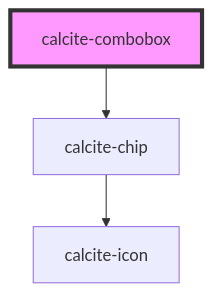
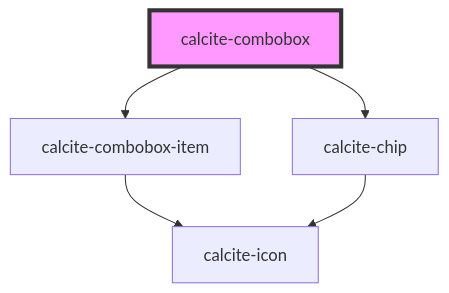
The diagram in src/components/calcite-combobox/readme.md (vikivakarvc/calcite-design-system), drawn with Mermaid before and after one commit. The commit also changed other lines of this file and 13 other files, not shown here.

````diff
--- a/src/components/calcite-combobox/readme.md
+++ b/src/components/calcite-combobox/readme.md
@@ -40,6 +48,8 @@
 ```mermaid
 graph TD;
+  calcite-combobox --> calcite-combobox-item
   calcite-combobox --> calcite-chip
+  calcite-combobox-item --> calcite-icon
   calcite-chip --> calcite-icon
   style calcite-combobox fill:#f9f,stroke:#333,stroke-width:4px
 ```
````
